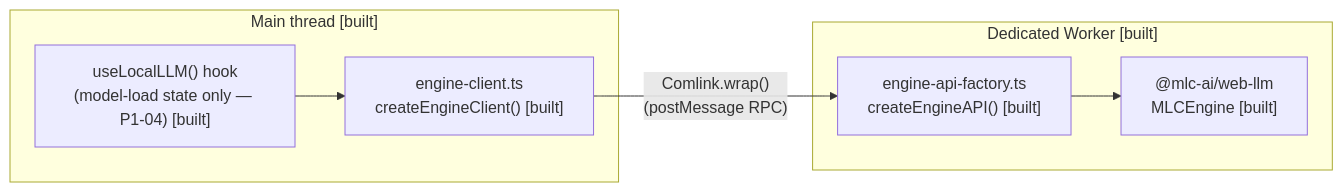
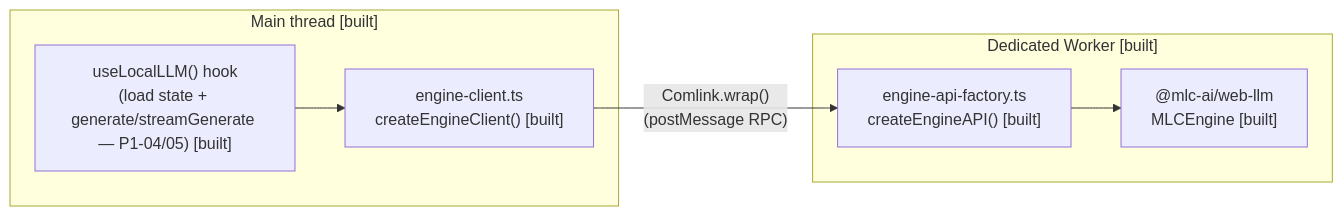
One commit to Muhammad-UmairAli/use-browser-llm changed the second of 2 diagrams in docs/architecture-diagrams.md. Above: the diagram before and after it, drawn with Mermaid. The commit also changed other lines of this file and 8 other files, not shown here.

First line of the commit message:
P1-05: Hook generate/streamGenerate API + cancellation

````diff
--- a/docs/architecture-diagrams.md
+++ b/docs/architecture-diagrams.md
@@ -39,16 +39,16 @@
 ```mermaid
 flowchart LR
     subgraph MainThread["Main thread [built]"]
-        hook["useLocalLLM() hook\n(model-load state only — P1-04) [built]"]
+        hook["useLocalLLM() hook\n(load state + generate/streamGenerate — P1-04/05) [built]"]
         client["engine-client.ts\ncreateEngineClient() [built]"]
         hook --> client
     end
 
     subgraph Worker["Dedicated Worker [built]"]
         api["engine-api-factory.ts\ncreateEngineAPI() [built]"]
         engine["@mlc-ai/web-llm\nMLCEngine [built]"]
         api --> engine
     end
 
     client -- "Comlink.wrap<EngineAPI>()\n(postMessage RPC)" --> api
 ```
````
